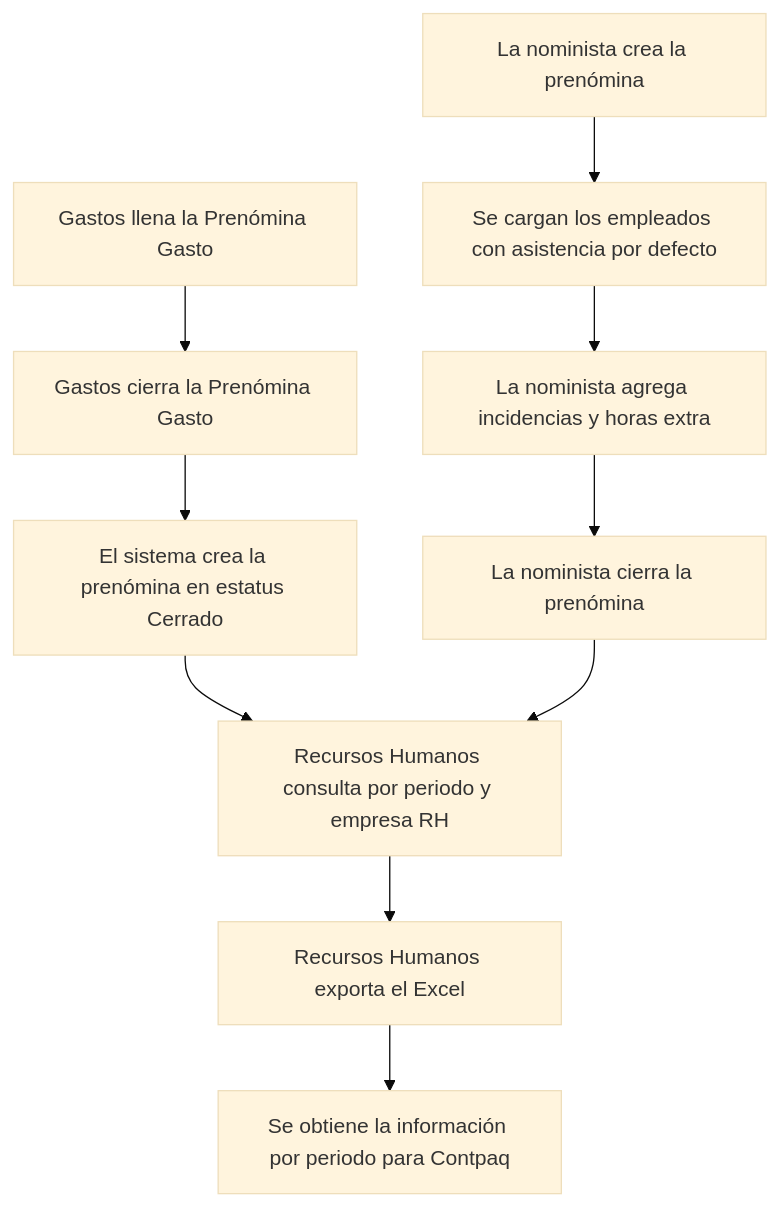
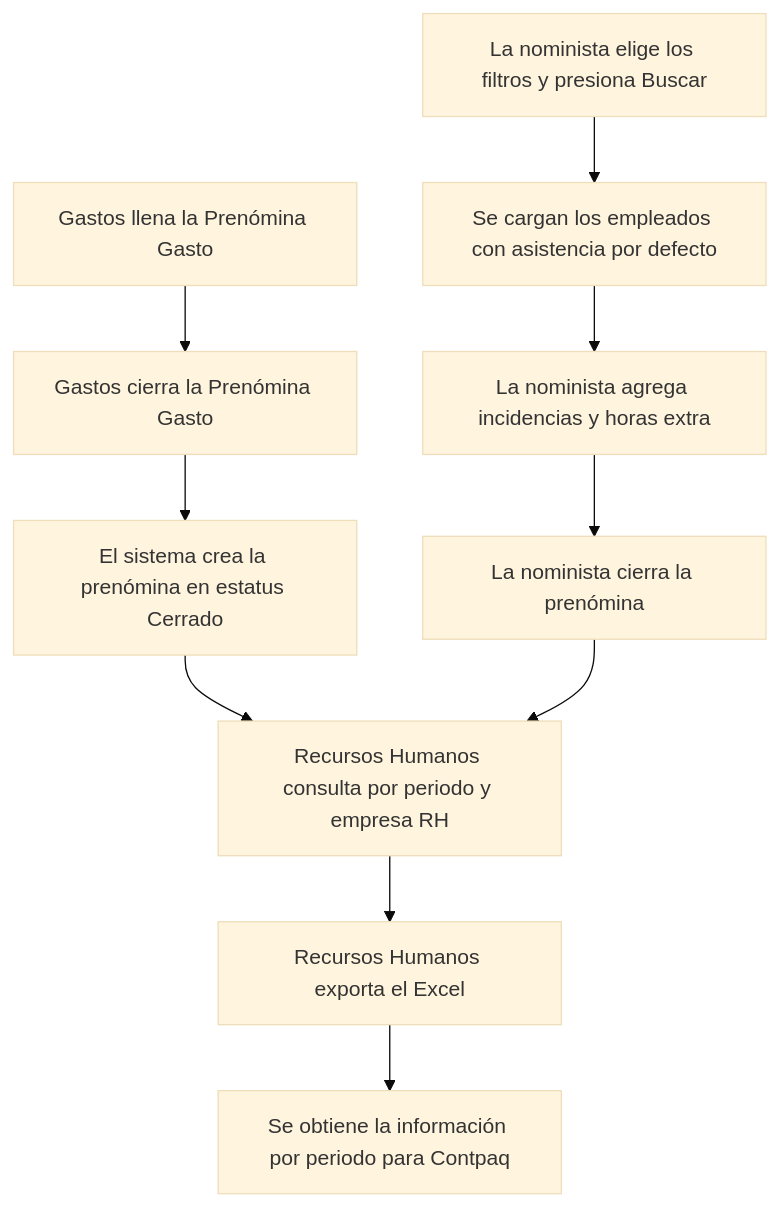
One commit to solis1408/Business-Suite changed the second of 4 diagrams in docs/Proyectos/iNN/Control de Asistencias/Requerimientos-Funcionales-Control-de-Asistencia-Analisis-de-Negocio.md. Above: the diagram before and after it, drawn with Mermaid (base theme). The commit also changed other lines of this file, not shown here.

First line of the commit message:
docs(asistencias): agrega RF-19 y renombra catálogos y campos de prenómina

````diff
--- a/docs/Proyectos/iNN/Control de Asistencias/Requerimientos-Funcionales-Control-de-Asistencia-Analisis-de-Negocio.md
+++ b/docs/Proyectos/iNN/Control de Asistencias/Requerimientos-Funcionales-Control-de-Asistencia-Analisis-de-Negocio.md
@@ -186,12 +191,12 @@
 ```mermaid
 flowchart TD
     A[Gastos llena la Prenómina Gasto] --> B[Gastos cierra la Prenómina Gasto]
     B --> C[El sistema crea la prenómina en estatus Cerrado]
-    D[La nominista crea la prenómina] --> E[Se cargan los empleados con asistencia por defecto]
+    D[La nominista elige los filtros y presiona Buscar] --> E[Se cargan los empleados con asistencia por defecto]
     E --> F[La nominista agrega incidencias y horas extra]
     F --> G[La nominista cierra la prenómina]
     C --> H[Recursos Humanos consulta por periodo y empresa RH]
     G --> H
     H --> I[Recursos Humanos exporta el Excel]
     I --> J[Se obtiene la información por periodo para Contpaq]
 ```
````
